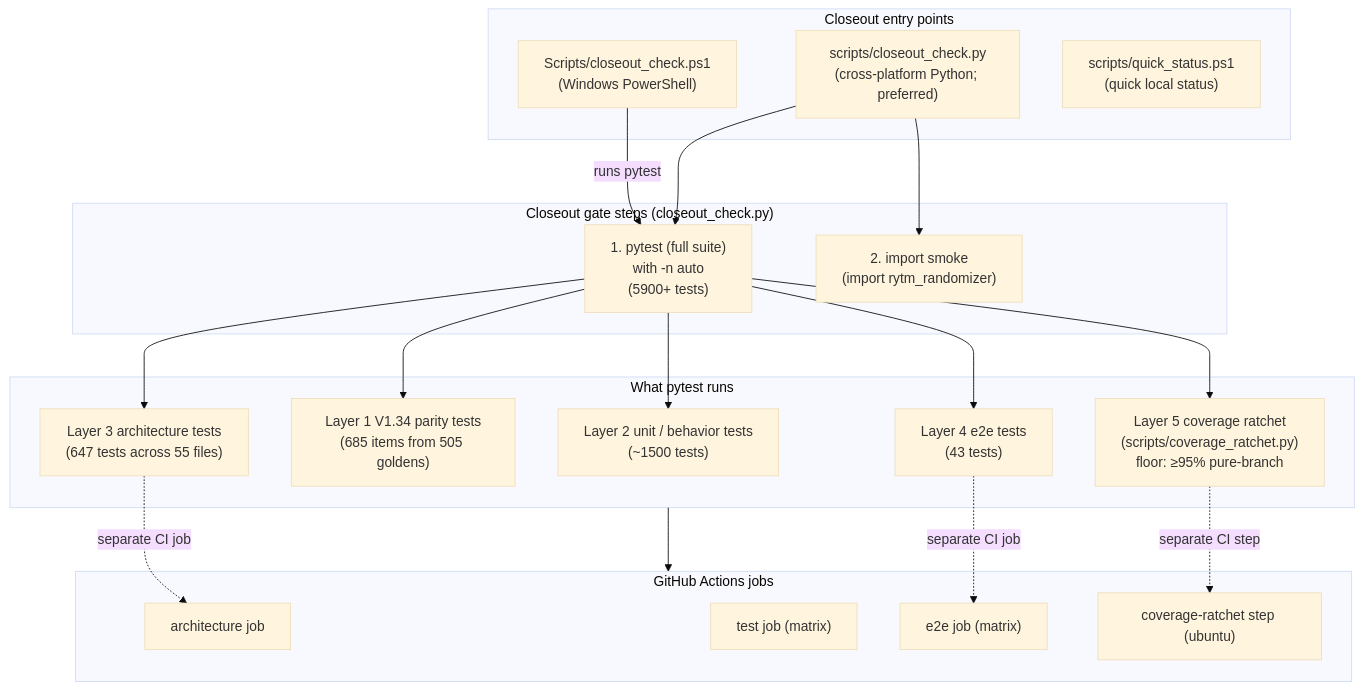
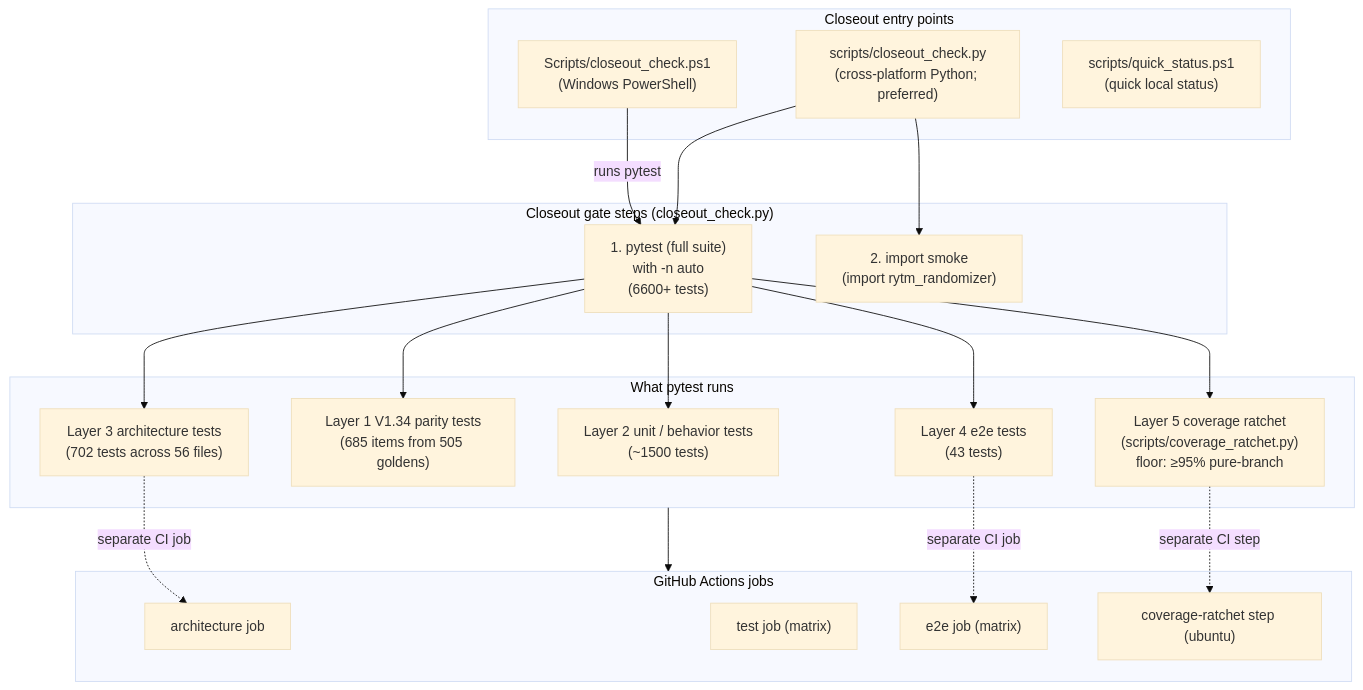
Before and after one commit to buzzijose-hub/RytmRandomizer: diagram 24 of 34 in docs/ARCHITECTURE_DIAGRAMS.md, drawn with Mermaid (base theme). The commit also changed other lines of this file and 107 other files, not shown here.

````diff
--- a/docs/ARCHITECTURE_DIAGRAMS.md
+++ b/docs/ARCHITECTURE_DIAGRAMS.md
@@ -1712,43 +1740,43 @@
 ```mermaid
 flowchart TB
     subgraph Entry["Closeout entry points"]
         CloseoutPS1["Scripts/closeout_check.ps1<br/>(Windows PowerShell)"]
         CloseoutPy["scripts/closeout_check.py<br/>(cross-platform Python; preferred)"]
         QuickStatus["scripts/quick_status.ps1<br/>(quick local status)"]
     end
 
     subgraph GateSteps["Closeout gate steps (closeout_check.py)"]
-        Step1["1. pytest (full suite)<br/>with -n auto<br/>(5900+ tests)"]
+        Step1["1. pytest (full suite)<br/>with -n auto<br/>(6600+ tests)"]
         Step2["2. import smoke<br/>(import rytm_randomizer)"]
     end
 
     subgraph PytestLayers["What pytest runs"]
         PassiveTests["Layer 2 unit / behavior tests<br/>(~1500 tests)"]
         ParityTests["Layer 1 V1.34 parity tests<br/>(685 items from 505 goldens)"]
-        ArchTests["Layer 3 architecture tests<br/>(647 tests across 55 files)"]
+        ArchTests["Layer 3 architecture tests<br/>(702 tests across 56 files)"]
         E2ETests["Layer 4 e2e tests<br/>(43 tests)"]
         CovStep["Layer 5 coverage ratchet<br/>(scripts/coverage_ratchet.py)<br/>floor: ≥95% pure-branch"]
     end
 
     subgraph CIJobs["GitHub Actions jobs"]
         CIArch["architecture job"]
         CITest["test job (matrix)"]
         CIE2E["e2e job (matrix)"]
         CIRatchet["coverage-ratchet step (ubuntu)"]
     end
 
     CloseoutPS1 -->|"runs pytest"| Step1
     CloseoutPy --> Step1
     CloseoutPy --> Step2
 
     Step1 --> PassiveTests
     Step1 --> ParityTests
     Step1 --> ArchTests
     Step1 --> E2ETests
     Step1 --> CovStep
 
     PytestLayers --> CIJobs
     ArchTests -.->|"separate CI job"| CIArch
     E2ETests -.->|"separate CI job"| CIE2E
     CovStep -.->|"separate CI step"| CIRatchet
 ```
````
